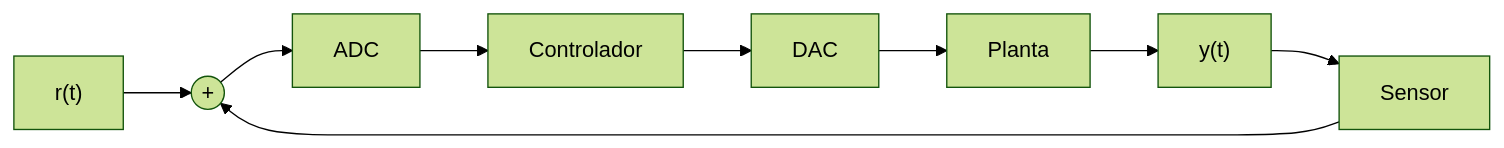
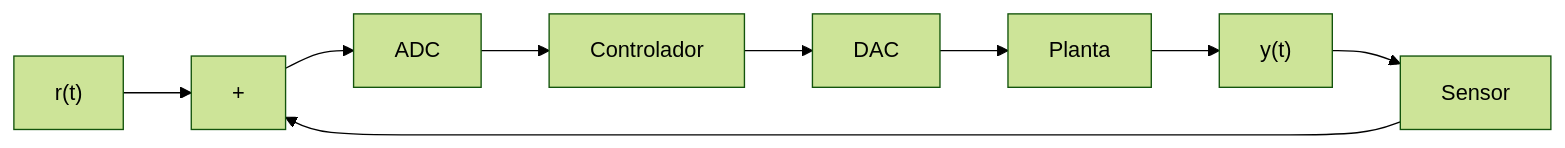
One commit to MarcoAntOliveira/controle_digital changed the second of 6 diagrams in README.md. Above: the diagram before and after it, drawn with Mermaid (forest theme). The commit also changed other lines of this file, not shown here.

````diff
--- a/README.md
+++ b/README.md
@@ -57,12 +56,11 @@
 ```mermaid
 graph LR
-    R["r(t)"] --> S1(("+"))
+    R["r(t)"] --> S1["+"]
     S1 --> ADC["ADC"]
     ADC --> C["Controlador"]
     C --> DAC["DAC"]
     DAC --> P["Planta"]
     P --> Y["y(t)"]
     Y --> S["Sensor"]
     S --> S1
-    style S1 circle
 ```
````
